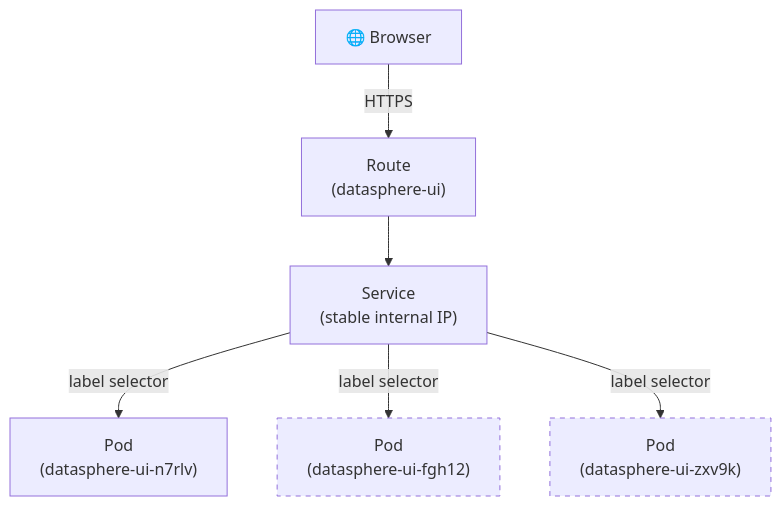
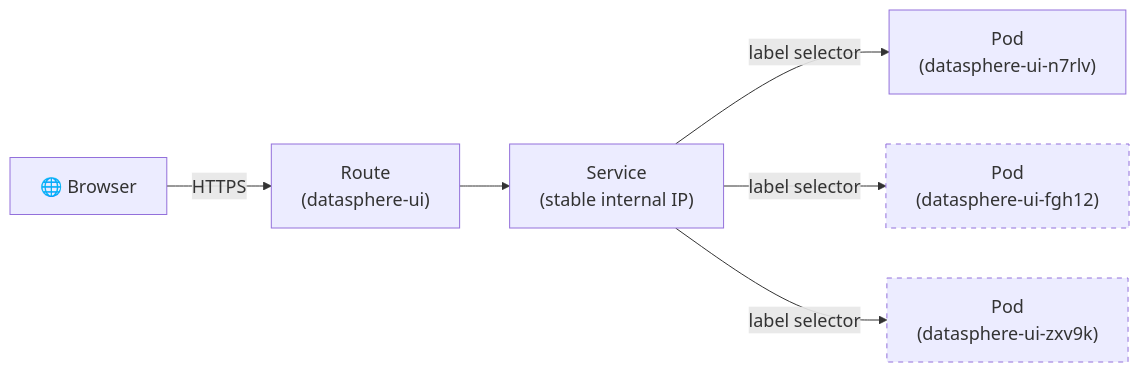
The diagram in content/modules/ROOT/pages/lab-01-openshift-concepts.adoc (rhpds/zt-ocp4-getting-started), drawn with Mermaid before and after one commit. The commit also changed other lines of this file and 1 other file, not shown here.

First line of the commit message:
lab-01: Diagram clickable + LR layout, empty namespace check, fix image org/version

```diff
--- a/content/modules/ROOT/pages/lab-01-openshift-concepts.adoc
+++ b/content/modules/ROOT/pages/lab-01-openshift-concepts.adoc
@@ -338,18 +342,19 @@
 [mermaid]
 ....
-flowchart TB
+%%{init: {'theme': 'default', 'themeVariables': {'fontSize': '18px'}}}%%
+flowchart LR
     B["🌐 Browser"]
     R["Route\n(datasphere-ui)"]
     S["Service\n(stable internal IP)"]
     P1["Pod\n(datasphere-ui-n7rlv)"]
     P2["Pod\n(datasphere-ui-fgh12)"]:::dashed
     P3["Pod\n(datasphere-ui-zxv9k)"]:::dashed
 
     B -->|"HTTPS"| R
     R --> S
     S -->|"label selector"| P1
     S -->|"label selector"| P2
     S -->|"label selector"| P3
 
     classDef dashed stroke-dasharray: 5 5
 ....
```
